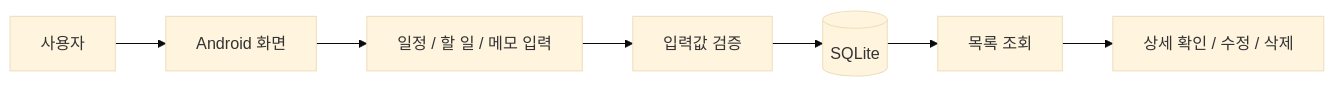
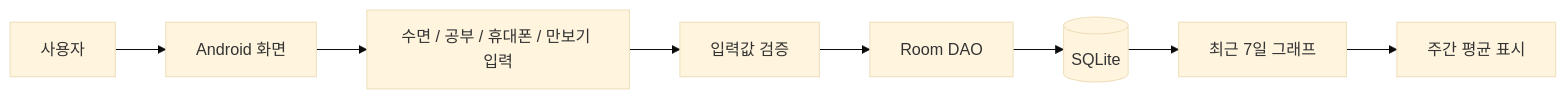
Before and after one commit to nadanaya/portfolio: the diagram in images/life-manager/README.md, drawn with Mermaid (base theme). The commit also changed other lines of this file and 5 other files, not shown here.

````diff
--- a/images/life-manager/README.md
+++ b/images/life-manager/README.md
@@ -33,9 +62,10 @@
 ```mermaid
 flowchart LR
     User[사용자] --> Screen[Android 화면]
-    Screen --> Input[일정 / 할 일 / 메모 입력]
+    Screen --> Input[수면 / 공부 / 휴대폰 / 만보기 입력]
     Input --> Validation[입력값 검증]
-    Validation --> DB[(SQLite)]
-    DB --> List[목록 조회]
-    List --> Detail[상세 확인 / 수정 / 삭제]
+    Validation --> Room[Room DAO]
+    Room --> DB[(SQLite)]
+    DB --> Chart[최근 7일 그래프]
+    Chart --> Average[주간 평균 표시]
 ```
````
